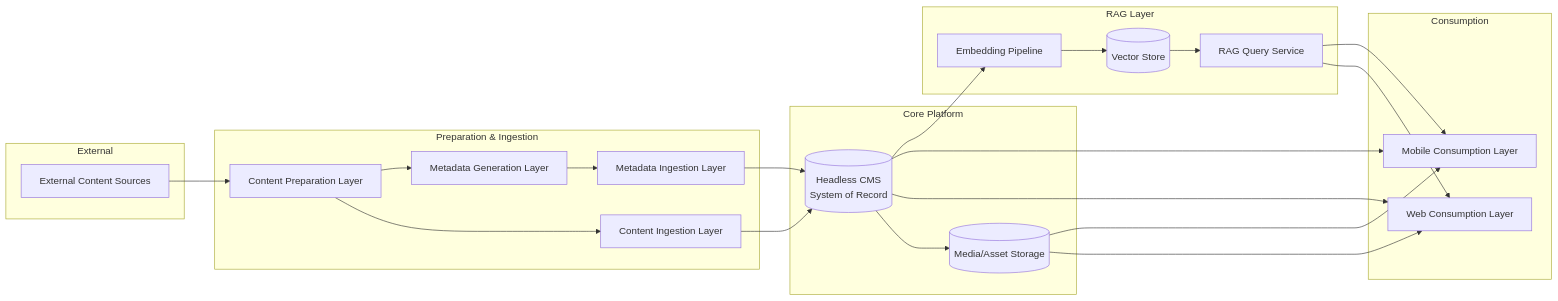
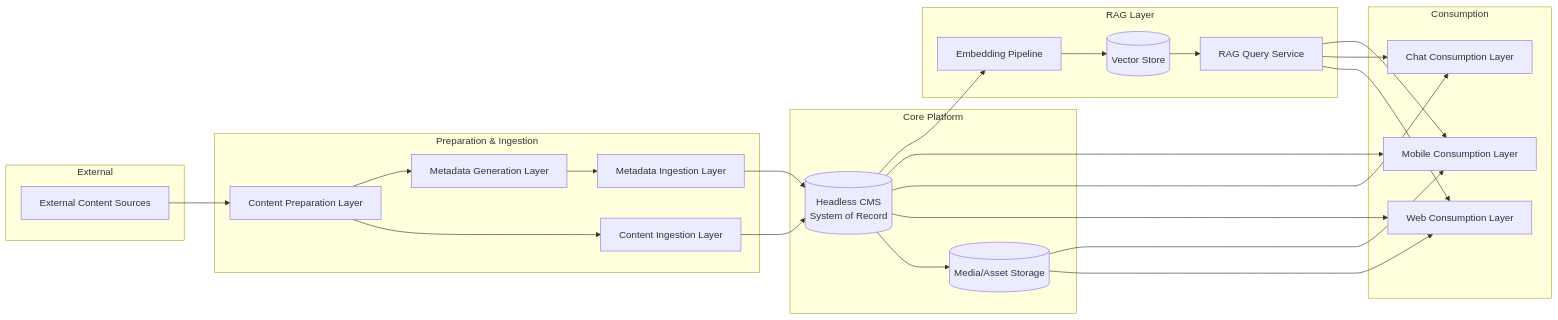
One commit to Team-Gurubodh/gurubodh changed the diagram in docs/architecture.md. Above: the diagram before and after it, drawn with Mermaid. The commit also changed other lines of this file and 6 other files, not shown here.

````diff
--- a/docs/architecture.md
+++ b/docs/architecture.md
@@ -44,41 +45,44 @@
 ```mermaid
 flowchart LR
     subgraph External
         SRC[External Content Sources]
     end
 
     subgraph Preparation & Ingestion
         PRE[Content Preparation Layer]
         ING[Content Ingestion Layer]
         METAGEN[Metadata Generation Layer]
         METAING[Metadata Ingestion Layer]
     end
 
     subgraph Core Platform
         CMS[(Headless CMS<br/>System of Record)]
         MEDIA[(Media/Asset Storage)]
     end
 
     subgraph Consumption
         WEB[Web Consumption Layer]
+        CHAT[Chat Consumption Layer]
         MOBILE[Mobile Consumption Layer]
     end
 
     subgraph RAG Layer
         EMBED[Embedding Pipeline]
         VDB[(Vector Store)]
         RAGAPI[RAG Query Service]
     end
 
     SRC --> PRE
     PRE --> ING --> CMS
     PRE --> METAGEN --> METAING --> CMS
     CMS --> MEDIA
     CMS --> WEB
+    CMS --> CHAT
     CMS --> MOBILE
     MEDIA --> WEB
     MEDIA --> MOBILE
     CMS --> EMBED --> VDB --> RAGAPI
     RAGAPI --> WEB
+    RAGAPI --> CHAT
     RAGAPI --> MOBILE
 ```
````
